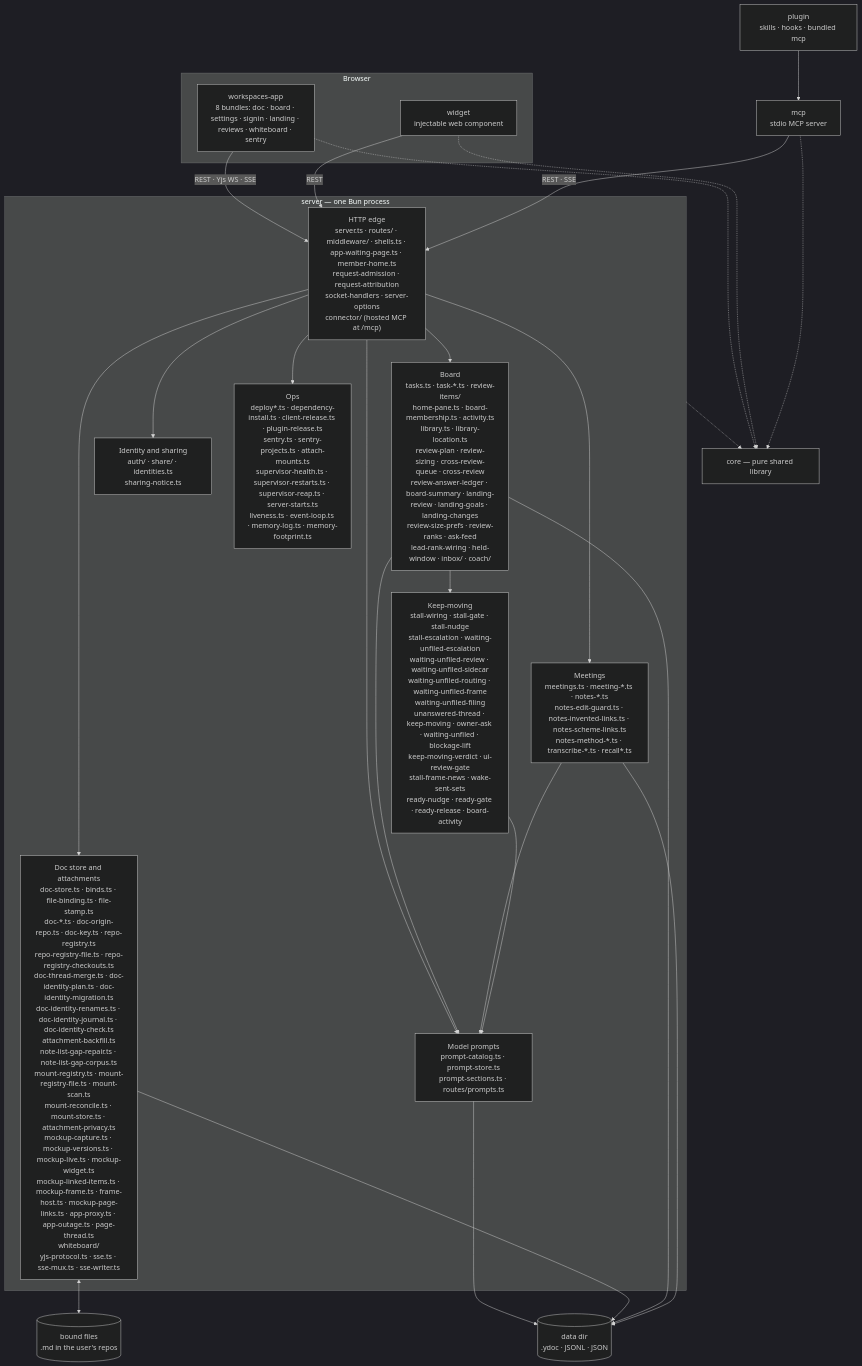
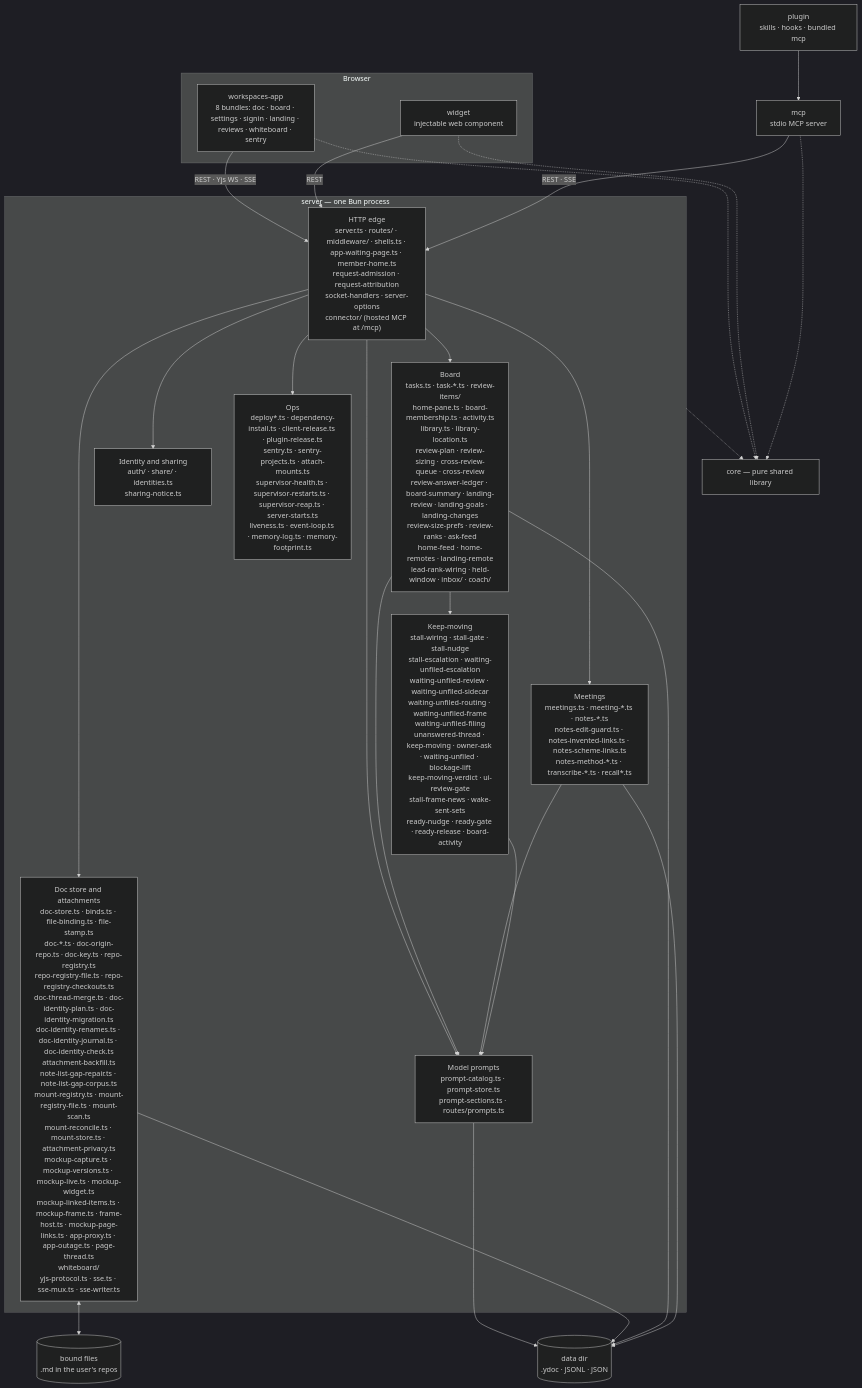
The first of 2 diagrams in docs/architecture/overview.md (fryanpan/claude-workspaces-plugin), drawn with Mermaid (dark theme) before and after one commit. The commit also changed other lines of this file and 2 other files, not shown here.

First line of the commit message:
Name Home across servers in the architecture and security docs

````diff
--- a/docs/architecture/overview.md
+++ b/docs/architecture/overview.md
@@ -45,35 +45,35 @@
 ```mermaid
 flowchart TB
   subgraph browser[Browser]
     app["workspaces-app<br/>8 bundles: doc · board · settings · signin · landing · reviews · whiteboard · sentry"]
     wid["widget<br/>injectable web component"]
   end
   plug["plugin<br/>skills · hooks · bundled mcp"]
   mcp["mcp<br/>stdio MCP server"]
   subgraph srv["server — one Bun process"]
     edge["HTTP edge<br/>server.ts · routes/ · middleware/ · shells.ts · app-waiting-page.ts · member-home.ts<br/>request-admission · request-attribution<br/>socket-handlers · server-options<br/>connector/ (hosted MCP at /mcp)"]
     docs["Doc store and attachments<br/>doc-store.ts · binds.ts · file-binding.ts · file-stamp.ts<br/>doc-*.ts · doc-origin-repo.ts · doc-key.ts · repo-registry.ts<br/>repo-registry-file.ts · repo-registry-checkouts.ts<br/>doc-thread-merge.ts · doc-identity-plan.ts · doc-identity-migration.ts<br/>doc-identity-renames.ts · doc-identity-journal.ts · doc-identity-check.ts<br/>attachment-backfill.ts<br/>note-list-gap-repair.ts · note-list-gap-corpus.ts<br/>mount-registry.ts · mount-registry-file.ts · mount-scan.ts<br/>mount-reconcile.ts · mount-store.ts · attachment-privacy.ts<br/>mockup-capture.ts · mockup-versions.ts · mockup-live.ts · mockup-widget.ts<br/>mockup-linked-items.ts · mockup-frame.ts · frame-host.ts · mockup-page-links.ts · app-proxy.ts · app-outage.ts · page-thread.ts<br/>whiteboard/<br/>yjs-protocol.ts · sse.ts · sse-mux.ts · sse-writer.ts"]
-    board["Board<br/>tasks.ts · task-*.ts · review-items/<br/>home-pane.ts · board-membership.ts · activity.ts<br/>library.ts · library-location.ts<br/>review-plan · review-sizing · cross-review-queue · cross-review<br/>review-answer-ledger · board-summary · landing-review · landing-goals · landing-changes<br/>review-size-prefs · review-ranks · ask-feed<br/>lead-rank-wiring · held-window · inbox/ · coach/"]
+    board["Board<br/>tasks.ts · task-*.ts · review-items/<br/>home-pane.ts · board-membership.ts · activity.ts<br/>library.ts · library-location.ts<br/>review-plan · review-sizing · cross-review-queue · cross-review<br/>review-answer-ledger · board-summary · landing-review · landing-goals · landing-changes<br/>review-size-prefs · review-ranks · ask-feed<br/>home-feed · home-remotes · landing-remote<br/>lead-rank-wiring · held-window · inbox/ · coach/"]
     meet["Meetings<br/>meetings.ts · meeting-*.ts · notes-*.ts<br/>notes-edit-guard.ts · notes-invented-links.ts · notes-scheme-links.ts<br/>notes-method-*.ts · transcribe-*.ts · recall*.ts"]
     keep["Keep-moving<br/>stall-wiring · stall-gate · stall-nudge<br/>stall-escalation · waiting-unfiled-escalation<br/>waiting-unfiled-review · waiting-unfiled-sidecar<br/>waiting-unfiled-routing · waiting-unfiled-frame<br/>waiting-unfiled-filing<br/>unanswered-thread · keep-moving · owner-ask · waiting-unfiled · blockage-lift<br/>keep-moving-verdict · ui-review-gate<br/>stall-frame-news · wake-sent-sets<br/>ready-nudge · ready-gate · ready-release · board-activity"]
     ident["Identity and sharing<br/>auth/ · share/ · identities.ts<br/>sharing-notice.ts"]
     prompts["Model prompts<br/>prompt-catalog.ts · prompt-store.ts<br/>prompt-sections.ts · routes/prompts.ts"]
     ops["Ops<br/>deploy*.ts · dependency-install.ts · client-release.ts · plugin-release.ts<br/>sentry.ts · sentry-projects.ts · attach-mounts.ts<br/>supervisor-health.ts · supervisor-restarts.ts · supervisor-reap.ts · server-starts.ts<br/>liveness.ts · event-loop.ts · memory-log.ts · memory-footprint.ts"]
   end
   core["core — pure shared library"]
   disk[("data dir<br/>.ydoc · JSONL · JSON")]
   files[("bound files<br/>.md in the user's repos")]
 
   app -->|"REST · Yjs WS · SSE"| edge
   wid -->|REST| edge
   plug --> mcp
   mcp -->|"REST · SSE"| edge
   edge --> docs & board & meet & ident & ops & prompts
   board & meet & keep --> prompts
   prompts --> disk
   board --> keep
   docs <--> files
   docs & board & meet --> disk
   app & wid & mcp -.-> core
   srv -.-> core
 ```
````
